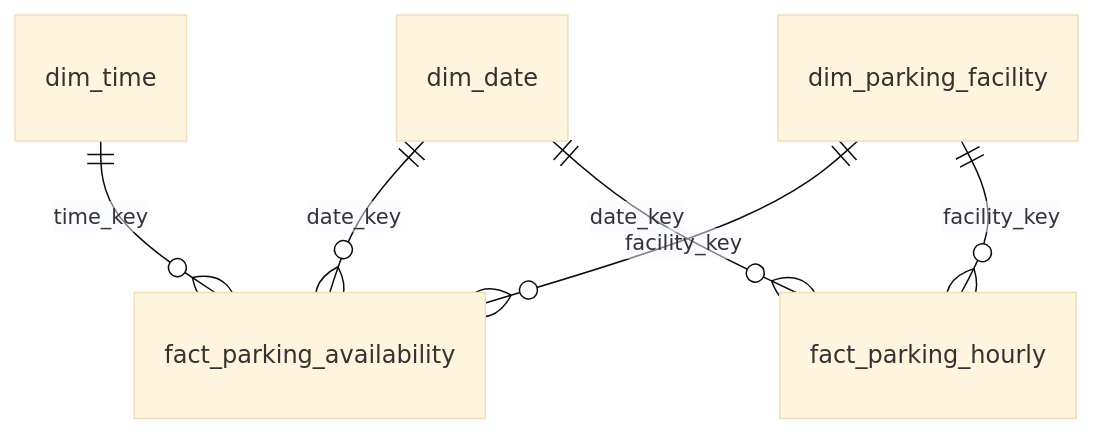
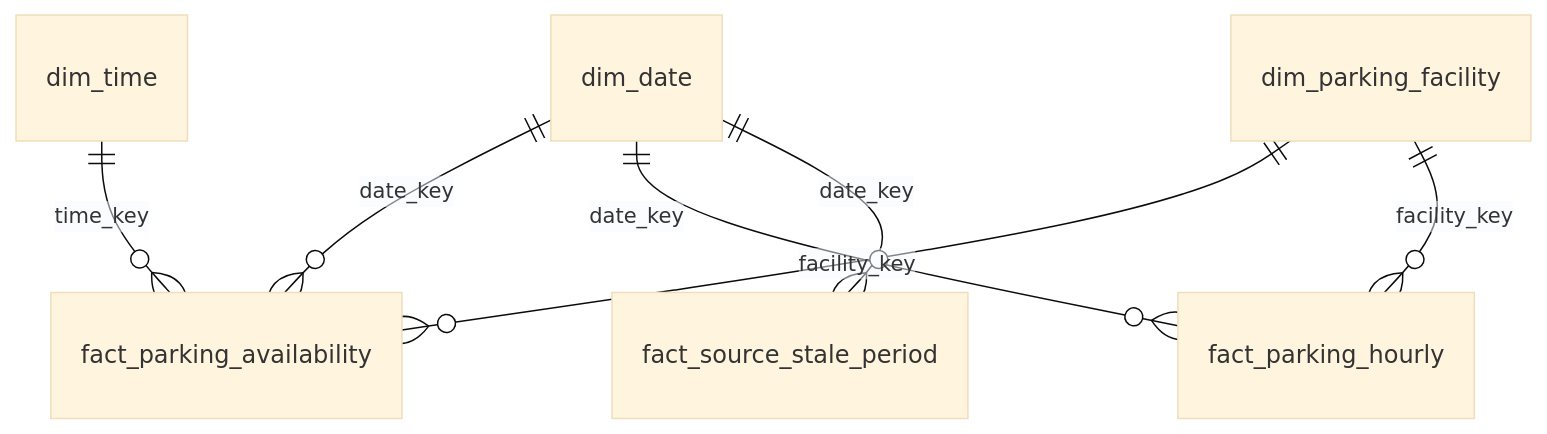
The second of 2 diagrams in README.md (VirtueMe/stavangerparking), drawn with Mermaid (base theme) before and after one commit. The commit also changed other lines of this file and 19 other files, not shown here.

First line of the commit message:
feat(gold): the source's stale periods, and an incident timeline in the report (#108)

````diff
--- a/README.md
+++ b/README.md
@@ -69,8 +69,9 @@
 ```mermaid
 erDiagram
     dim_date ||--o{ fact_parking_availability : date_key
     dim_time ||--o{ fact_parking_availability : time_key
     dim_parking_facility ||--o{ fact_parking_availability : facility_key
     dim_date ||--o{ fact_parking_hourly : date_key
     dim_parking_facility ||--o{ fact_parking_hourly : facility_key
+    dim_date ||--o{ fact_source_stale_period : date_key
 ```
````
